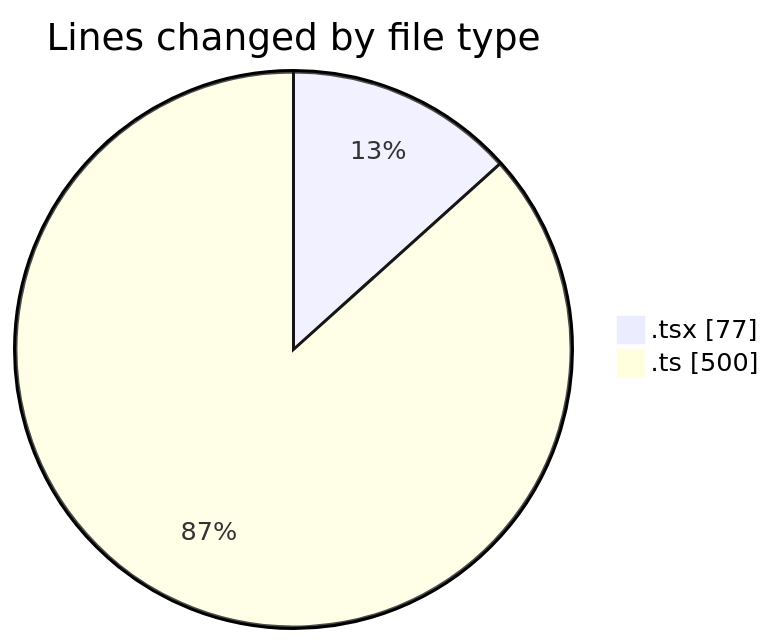
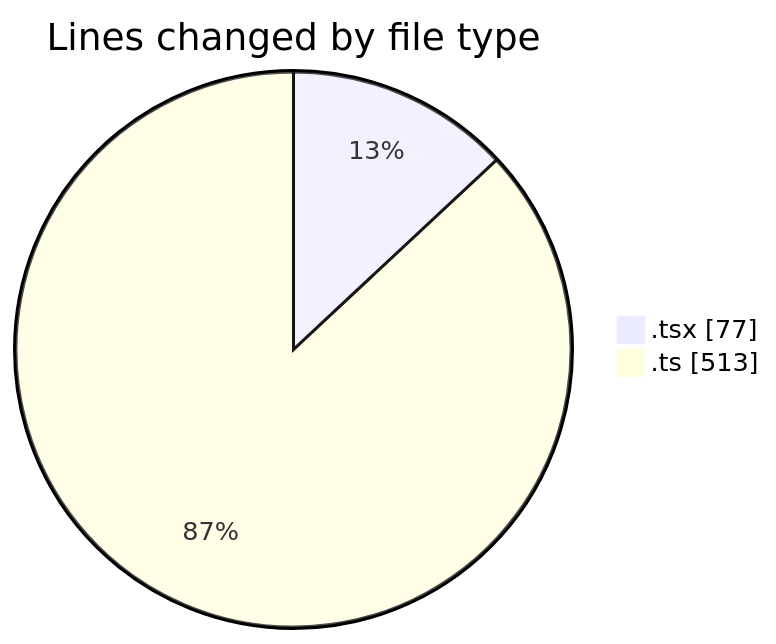
Before and after one commit to robertbonfada/code-tracking: the first of 2 diagrams in 2025-01-22/mbc-web/README.md, drawn with Mermaid. The commit also changed other lines of this file and 1 other file, not shown here.

````diff
--- a/2025-01-22/mbc-web/README.md
+++ b/2025-01-22/mbc-web/README.md
@@ -23,6 +23,6 @@
 ```mermaid
 pie showData
 title Lines changed by file type
 ".tsx" : 77
-".ts" : 500
+".ts" : 513
 ```
````
